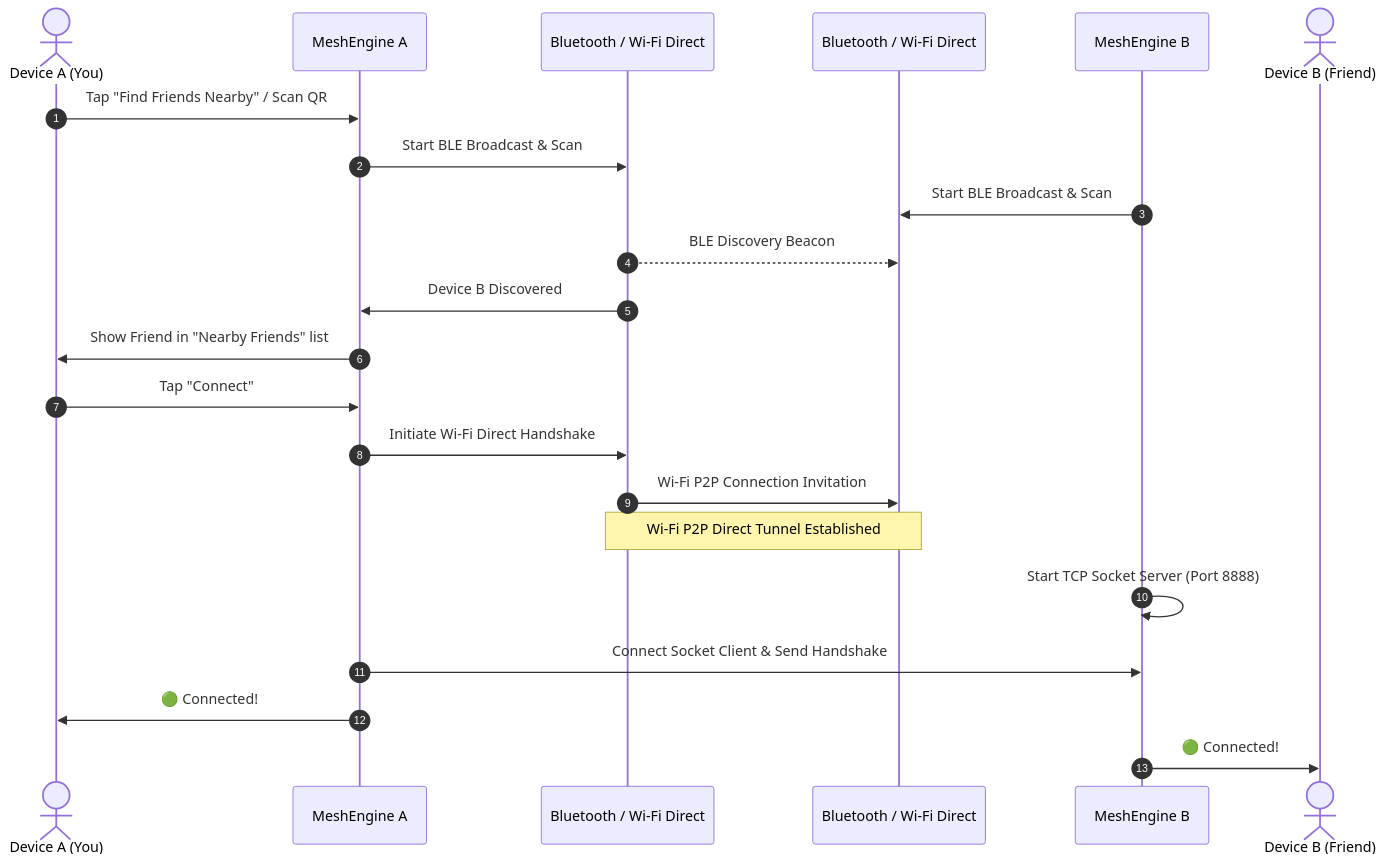
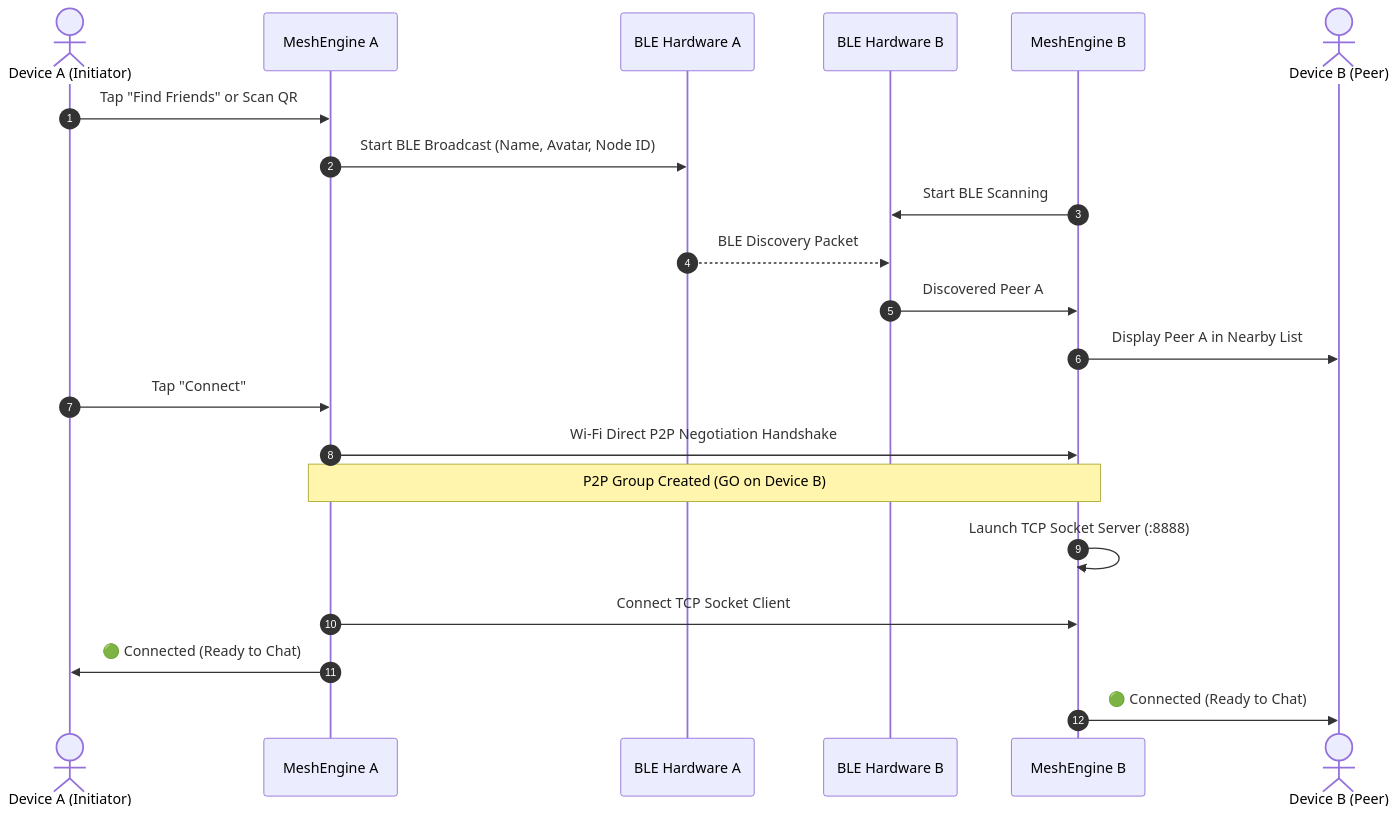
Before and after one commit to Op-Vision17/MeshLink: the second of 3 diagrams in DOCUMENTATION.md, drawn with Mermaid. The commit also changed other lines of this file and 10 other files, not shown here.

````diff
--- a/DOCUMENTATION.md
+++ b/DOCUMENTATION.md
@@ -163,26 +177,25 @@
 ```mermaid
 sequenceDiagram
     autonumber
-    actor UserA as Device A (You)
+    actor UserA as Device A (Initiator)
     participant EngineA as MeshEngine A
-    participant NativeA as Bluetooth / Wi-Fi Direct
-    participant NativeB as Bluetooth / Wi-Fi Direct
+    participant BleA as BLE Hardware A
+    participant BleB as BLE Hardware B
     participant EngineB as MeshEngine B
-    actor UserB as Device B (Friend)
+    actor UserB as Device B (Peer)
 
-    UserA->>EngineA: Tap "Find Friends Nearby" / Scan QR
-    EngineA->>NativeA: Start BLE Broadcast & Scan
-    EngineB->>NativeB: Start BLE Broadcast & Scan
-    NativeA-->>NativeB: BLE Discovery Beacon
-    NativeA->>EngineA: Device B Discovered
-    EngineA->>UserA: Show Friend in "Nearby Friends" list
+    UserA->>EngineA: Tap "Find Friends" or Scan QR
+    EngineA->>BleA: Start BLE Broadcast (Name, Avatar, Node ID)
+    EngineB->>BleB: Start BLE Scanning
+    BleA-->>BleB: BLE Discovery Packet
+    BleB->>EngineB: Discovered Peer A
+    EngineB->>UserB: Display Peer A in Nearby List
 
     UserA->>EngineA: Tap "Connect"
-    EngineA->>NativeA: Initiate Wi-Fi Direct Handshake
-    NativeA->>NativeB: Wi-Fi P2P Connection Invitation
-    Note over NativeA,NativeB: Wi-Fi P2P Direct Tunnel Established
-    EngineB->>EngineB: Start TCP Socket Server (Port 8888)
-    EngineA->>EngineB: Connect Socket Client & Send Handshake
-    EngineA->>UserA: 🟢 Connected!
-    EngineB->>UserB: 🟢 Connected!
+    EngineA->>EngineB: Wi-Fi Direct P2P Negotiation Handshake
+    Note over EngineA,EngineB: P2P Group Created (GO on Device B)
+    EngineB->>EngineB: Launch TCP Socket Server (:8888)
+    EngineA->>EngineB: Connect TCP Socket Client
+    EngineA->>UserA: 🟢 Connected (Ready to Chat)
+    EngineB->>UserB: 🟢 Connected (Ready to Chat)
 ```
````
